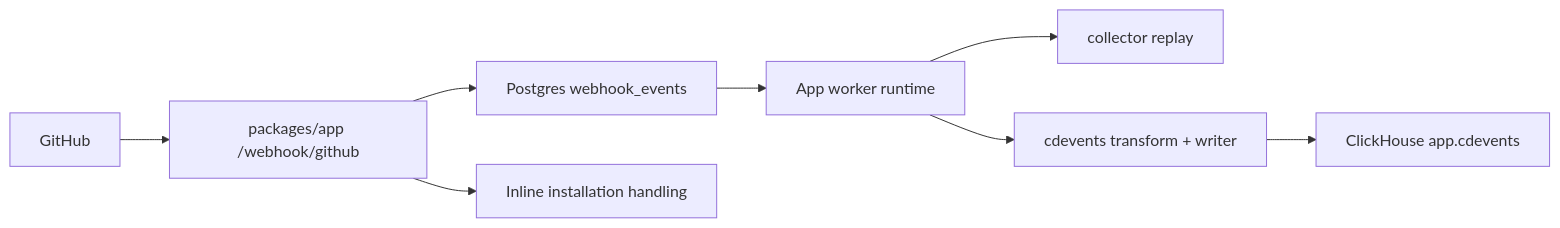
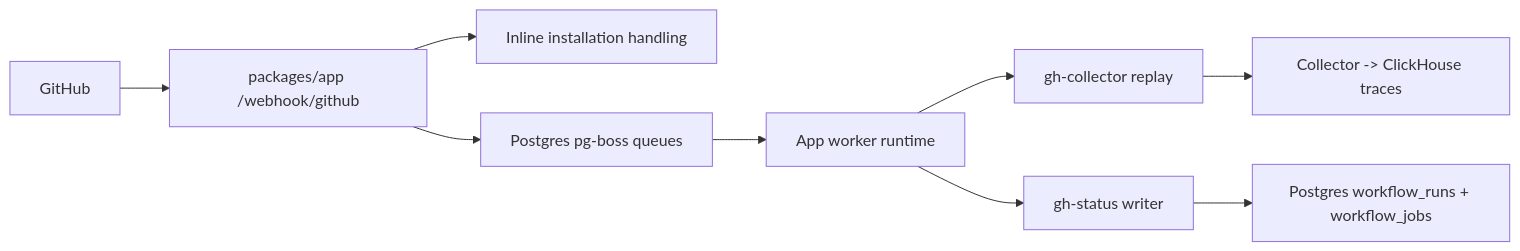
One commit to everr-labs/everr changed the diagram in specs/webhook-request-lifecycle.md. Above: the diagram before and after it, drawn with Mermaid. The commit also changed other lines of this file and 8 other files, not shown here.

Commit message:
refactor: remove cdevents user and related configurations, update ClickHouse setup and README

````diff
--- a/specs/webhook-request-lifecycle.md
+++ b/specs/webhook-request-lifecycle.md
@@ -16,10 +16,11 @@
 ```mermaid
 flowchart LR
     GH["GitHub"] --> APP["packages/app /webhook/github"]
-    APP --> DB["Postgres webhook_events"]
     APP --> INLINE["Inline installation handling"]
-    DB --> WORKER["App worker runtime"]
-    WORKER --> COLLECTOR["collector replay"]
-    WORKER --> CDEVENTS["cdevents transform + writer"]
-    CDEVENTS --> CH["ClickHouse app.cdevents"]
+    APP --> BOSS["Postgres pg-boss queues"]
+    BOSS --> WORKER["App worker runtime"]
+    WORKER --> COLLECTOR["gh-collector replay"]
+    WORKER --> STATUS["gh-status writer"]
+    STATUS --> PG["Postgres workflow_runs + workflow_jobs"]
+    COLLECTOR --> CH["Collector -> ClickHouse traces"]
 ```
````
